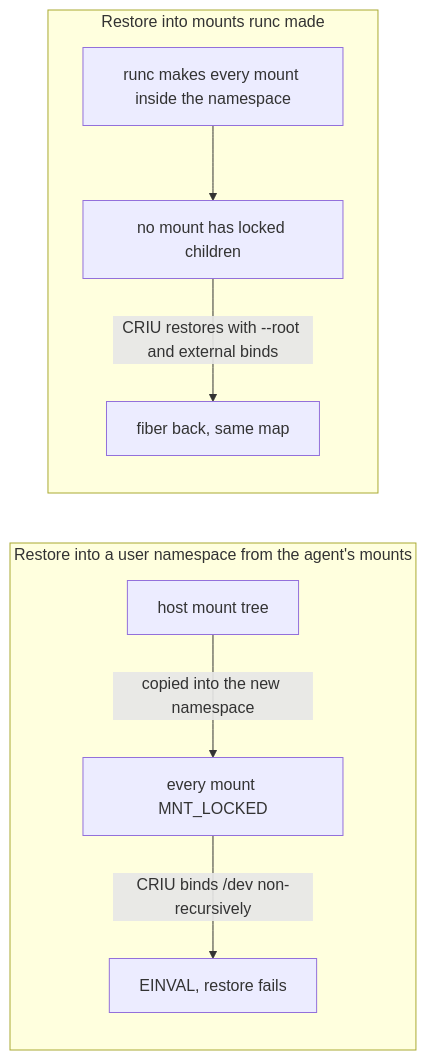
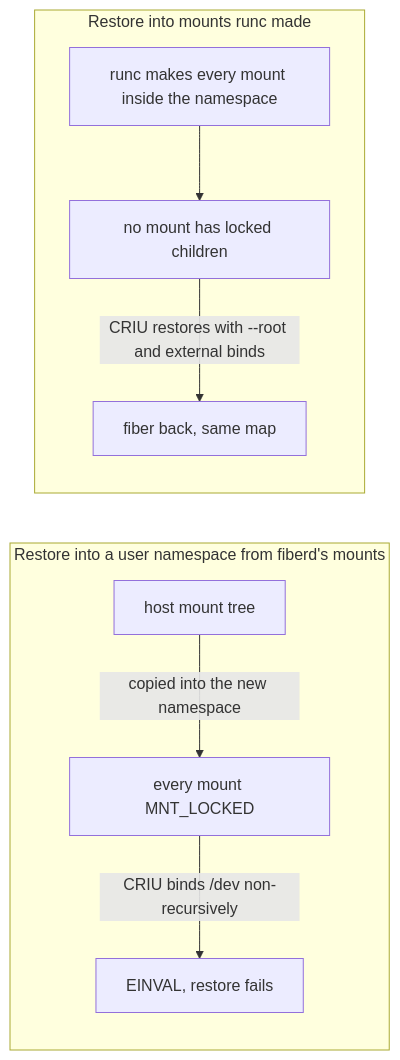
The first of 2 diagrams in docs/design/user-namespaces.md (helayoty/fiberd), drawn with Mermaid before and after one commit. The commit also changed other lines of this file and 286 other files, not shown here.

````diff
--- a/docs/design/user-namespaces.md
+++ b/docs/design/user-namespaces.md
@@ -11,11 +11,11 @@
 ```mermaid
 flowchart LR
-  subgraph A["Restore into a user namespace from the agent's mounts"]
+  subgraph A["Restore into a user namespace from fiberd's mounts"]
     H[host mount tree] -->|copied into the new namespace| L[every mount MNT_LOCKED]
     L -->|"CRIU binds /dev non-recursively"| E["EINVAL, restore fails"]
   end
   subgraph B["Restore into mounts runc made"]
     R[runc makes every mount inside the namespace] --> N[no mount has locked children]
     N -->|"CRIU restores with --root and external binds"| OK["fiber back, same map"]
   end
 ```
````
